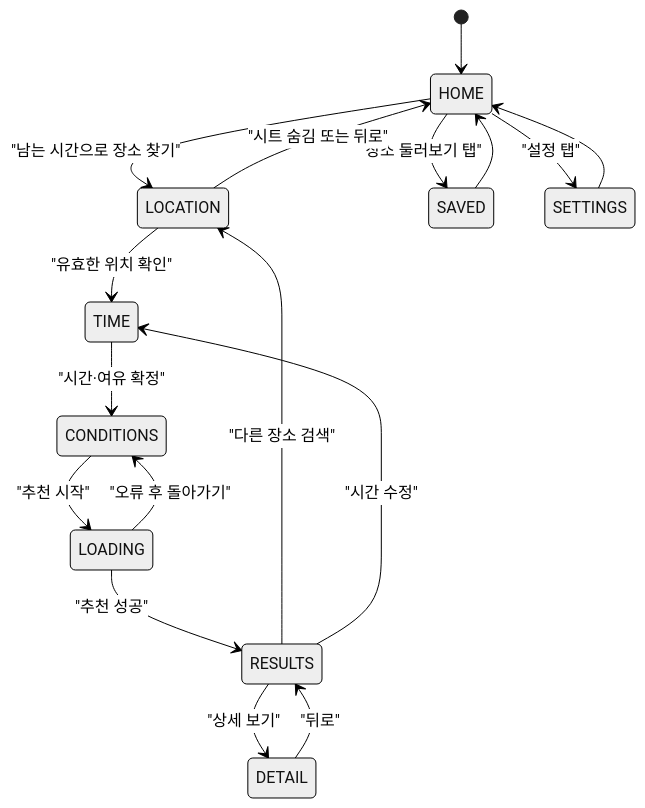
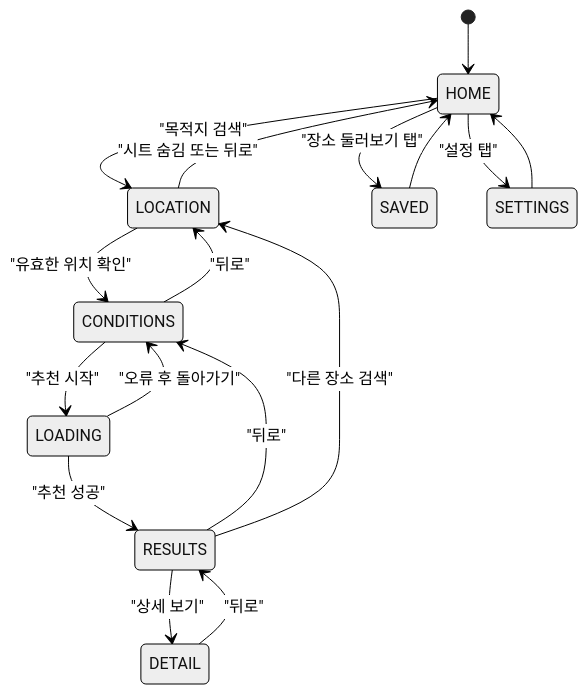
The second of 4 diagrams in docs/02_ARCHITECTURE.md (Newrred/tteumsae), drawn with Mermaid (neutral theme) before and after one commit. The commit also changed other lines of this file and 37 other files, not shown here.

````diff
--- a/docs/02_ARCHITECTURE.md
+++ b/docs/02_ARCHITECTURE.md
@@ -76,19 +77,19 @@
 ```mermaid
 stateDiagram-v2
     [*] --> HOME
-    HOME --> LOCATION: "남는 시간으로 장소 찾기"
+    HOME --> LOCATION: "목적지 검색"
     HOME --> SAVED: "장소 둘러보기 탭"
     HOME --> SETTINGS: "설정 탭"
-    LOCATION --> TIME: "유효한 위치 확인"
-    TIME --> CONDITIONS: "시간·여유 확정"
+    LOCATION --> CONDITIONS: "유효한 위치 확인"
+    CONDITIONS --> LOCATION: "뒤로"
     CONDITIONS --> LOADING: "추천 시작"
     LOADING --> RESULTS: "추천 성공"
     LOADING --> CONDITIONS: "오류 후 돌아가기"
+    RESULTS --> CONDITIONS: "뒤로"
     RESULTS --> DETAIL: "상세 보기"
     DETAIL --> RESULTS: "뒤로"
     RESULTS --> LOCATION: "다른 장소 검색"
-    RESULTS --> TIME: "시간 수정"
     LOCATION --> HOME: "시트 숨김 또는 뒤로"
     SAVED --> HOME
     SETTINGS --> HOME
 ```
````
